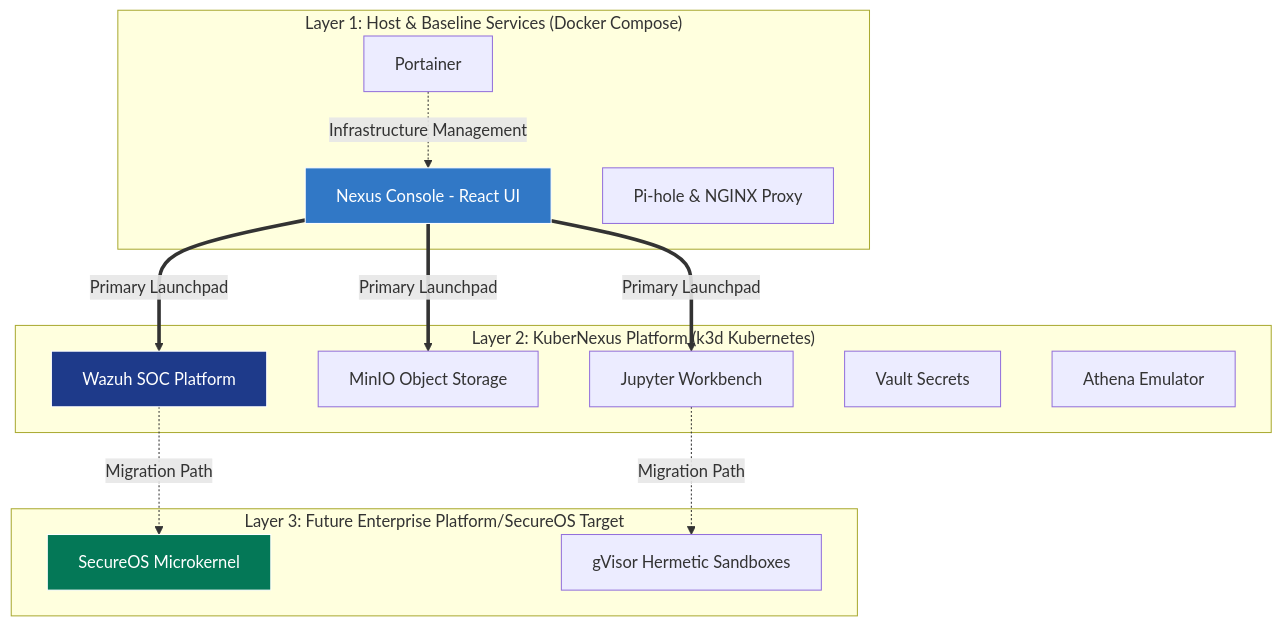
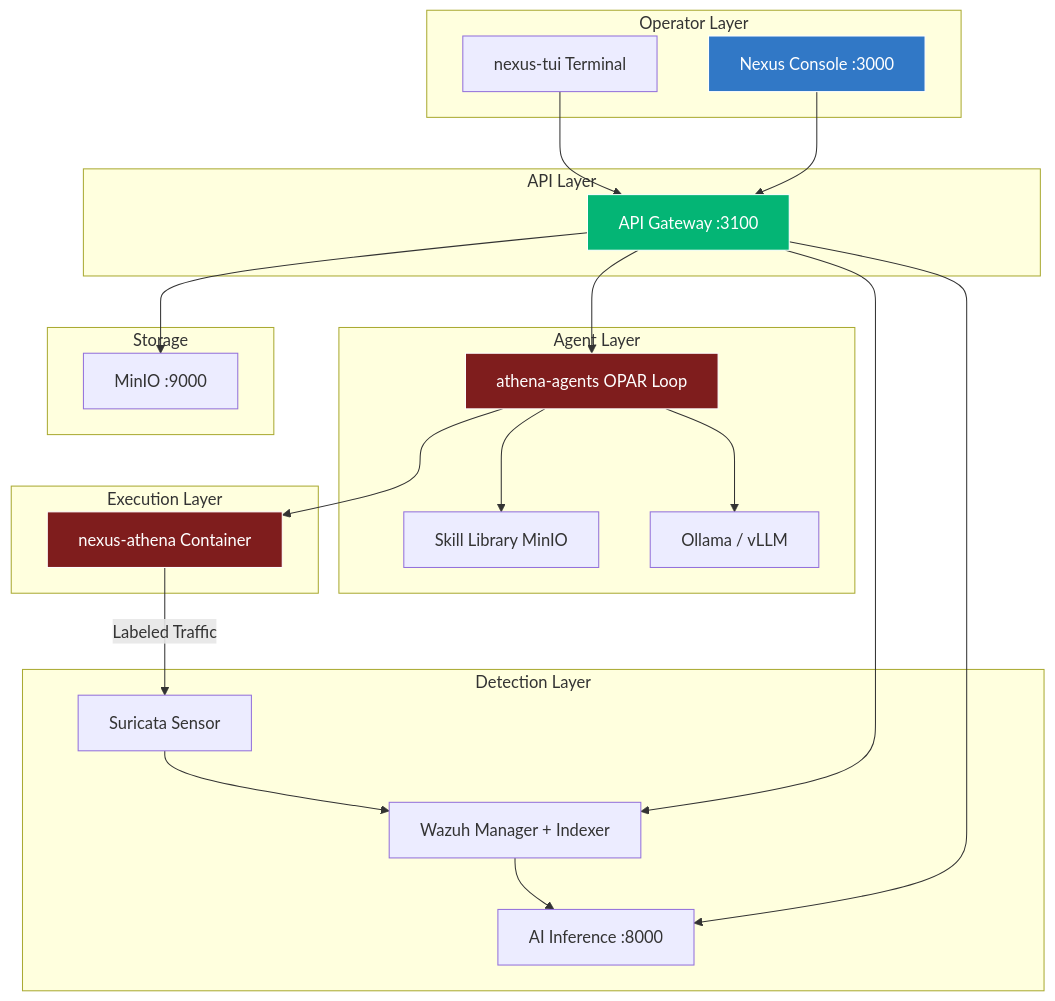
One commit to acald-creator/core-nexus changed the diagram in README.md. Above: the diagram before and after it, drawn with Mermaid. The commit also changed other lines of this file, not shown here.

First line of the commit message:
docs: rewrite README to reflect current platform state

````diff
--- a/README.md
+++ b/README.md
@@ -28,34 +28,49 @@
 ```mermaid
 graph TD
-    subgraph "Layer 1: Host & Baseline Services (Docker Compose)"
-        UI[Nexus Console - React UI]
-        Port[Portainer]
-        DNS[Pi-hole & NGINX Proxy]
+    subgraph "Operator Layer"
+        Console[Nexus Console :3000]
+        TUI[nexus-tui Terminal]
     end
 
-    subgraph "Layer 2: KuberNexus Platform (k3d Kubernetes)"
-        SOC[Wazuh SOC Platform]
-        Storage[MinIO Object Storage]
-        Analyst[Jupyter Workbench]
-        Sec[Vault Secrets]
-        RedTeam[Athena Emulator]
+    subgraph "API Layer"
+        GW[API Gateway :3100]
     end
 
-    subgraph "Layer 3: Future Enterprise Platform/SecureOS Target"
-        OS[SecureOS Microkernel]
-        gVisor[gVisor Hermetic Sandboxes]
+    subgraph "Agent Layer"
+        OPAR[athena-agents OPAR Loop]
+        Skills[Skill Library MinIO]
+        LLM[Ollama / vLLM]
     end
 
-    UI ==>|Primary Launchpad| SOC
-    UI ==>|Primary Launchpad| Analyst
-    UI ==>|Primary Launchpad| Storage
-    
-    Port -.->|Infrastructure Management| UI
-    
-    SOC -.->|Migration Path| OS
-    Analyst -.->|Migration Path| gVisor
-    
-    style UI fill:#3178c6,stroke:#fff,color:#fff
-    style OS fill:#047857,stroke:#fff,color:#fff
-    style SOC fill:#1e3a8a,stroke:#fff,color:#fff
+    subgraph "Execution Layer"
+        Athena[nexus-athena Container]
+    end
+
+    subgraph "Detection Layer"
+        Suricata[Suricata Sensor]
+        Wazuh[Wazuh Manager + Indexer]
+        AI[AI Inference :8000]
+    end
+
+    subgraph "Storage"
+        MinIO[MinIO :9000]
+    end
+
+    Console --> GW
+    TUI --> GW
+    GW --> Wazuh
+    GW --> MinIO
+    GW --> AI
+    GW --> OPAR
+    OPAR --> LLM
+    OPAR --> Skills
+    OPAR --> Athena
+    Athena -->|Labeled Traffic| Suricata
+    Suricata --> Wazuh
+    Wazuh --> AI
+
+    style Console fill:#3178c6,stroke:#fff,color:#fff
+    style GW fill:#04b575,stroke:#fff,color:#fff
+    style OPAR fill:#7f1d1d,stroke:#fff,color:#fff
+    style Athena fill:#7f1d1d,stroke:#fff,color:#fff
 ```
````
